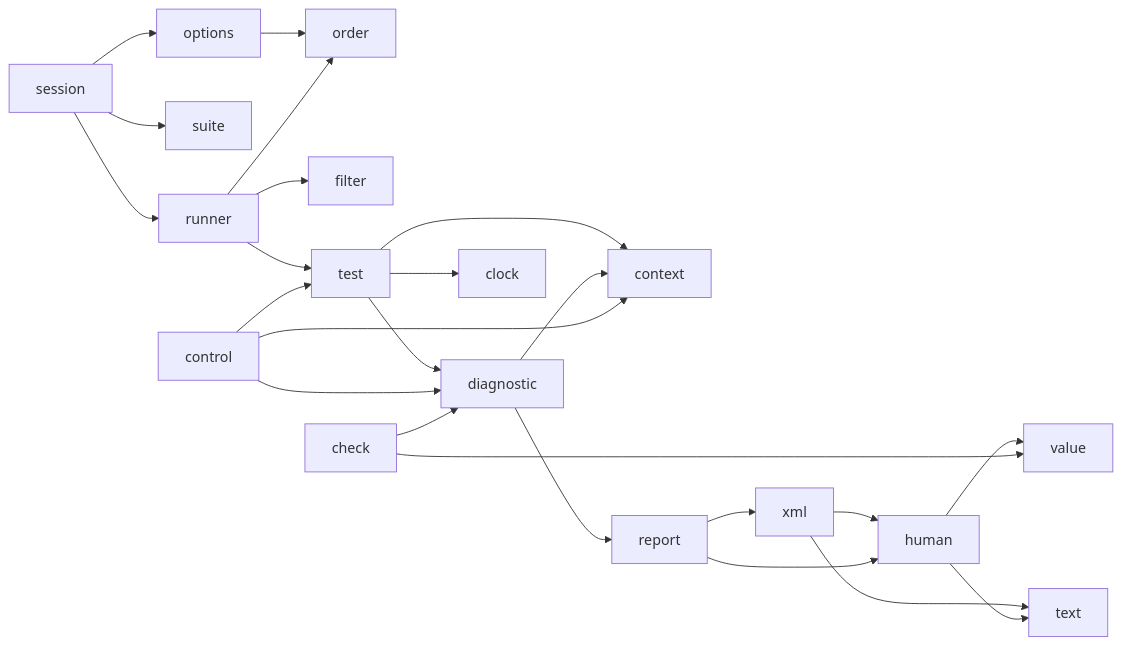
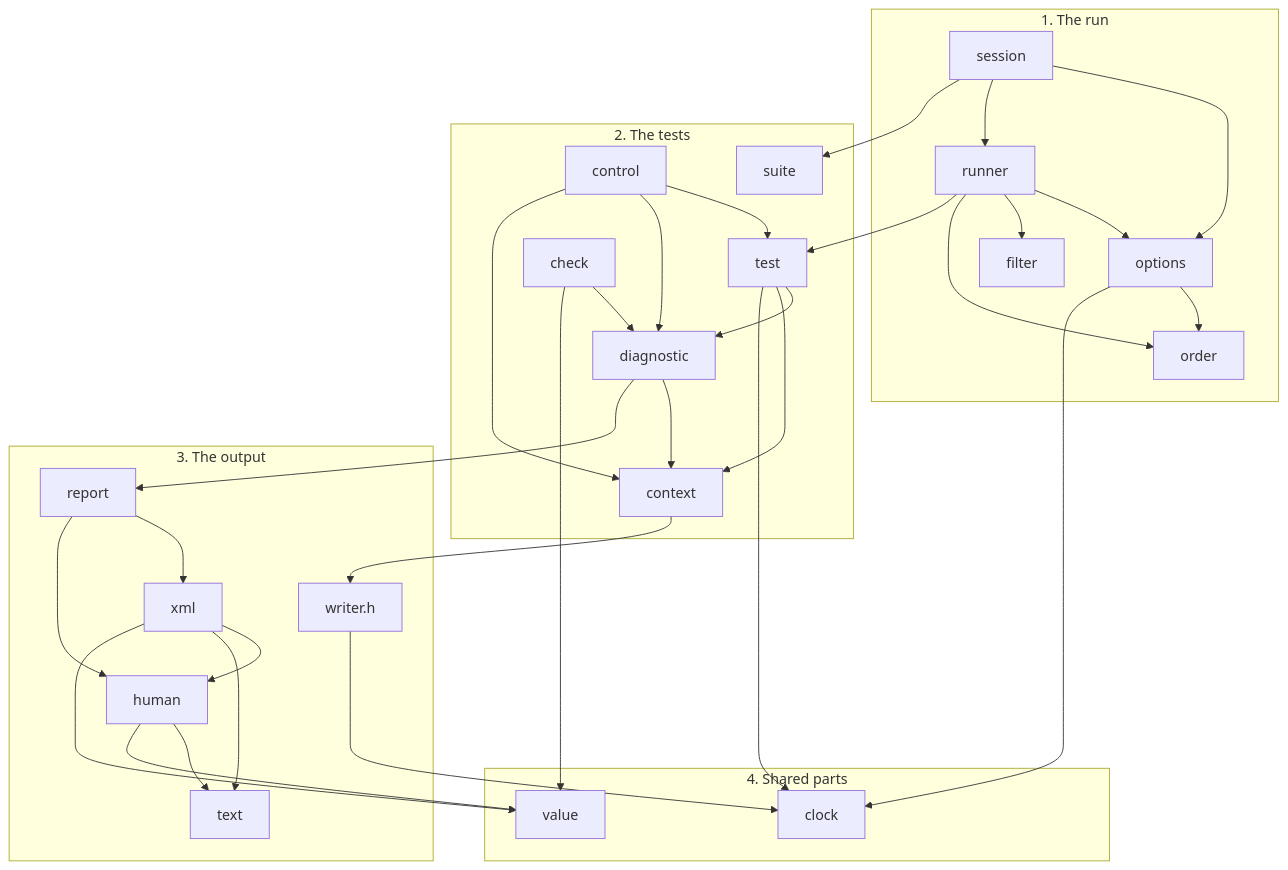
Before and after one commit to vabelorg/naos: the diagram in docs/development/architecture.md, drawn with Mermaid. The commit also changed other lines of this file and 4 other files, not shown here.

````diff
--- a/docs/development/architecture.md
+++ b/docs/development/architecture.md
@@ -56,15 +65,32 @@
 ```mermaid
-flowchart LR
-  session --> options --> order
+flowchart TB
+  subgraph run["1. The run"]
+    session --> options --> order
+    session --> runner
+    runner --> options & filter & order
+  end
+  subgraph tests["2. The tests"]
+    test --> diagnostic --> context
+    test --> context
+    control --> test & diagnostic & context
+    check --> diagnostic
+    suite
+  end
+  subgraph output["3. The output"]
+    report --> xml --> human
+    report --> human
+    xml & human --> text
+    writer["writer.h"]
+  end
+  subgraph shared["4. Shared parts"]
+    clock
+    value
+  end
   session --> suite
-  session --> runner
-  runner --> filter & order
-  runner --> test --> diagnostic
-  test --> context & clock
-  diagnostic --> context
-  diagnostic --> report --> xml --> human --> value
-  xml & human --> text
-  report --> human
-  control --> test & diagnostic & context
-  check --> diagnostic & value
+  runner --> test
+  diagnostic --> report
+  context --> writer
+  test & options --> clock
+  check & human & xml --> value
+  writer --> clock
 ```
````
